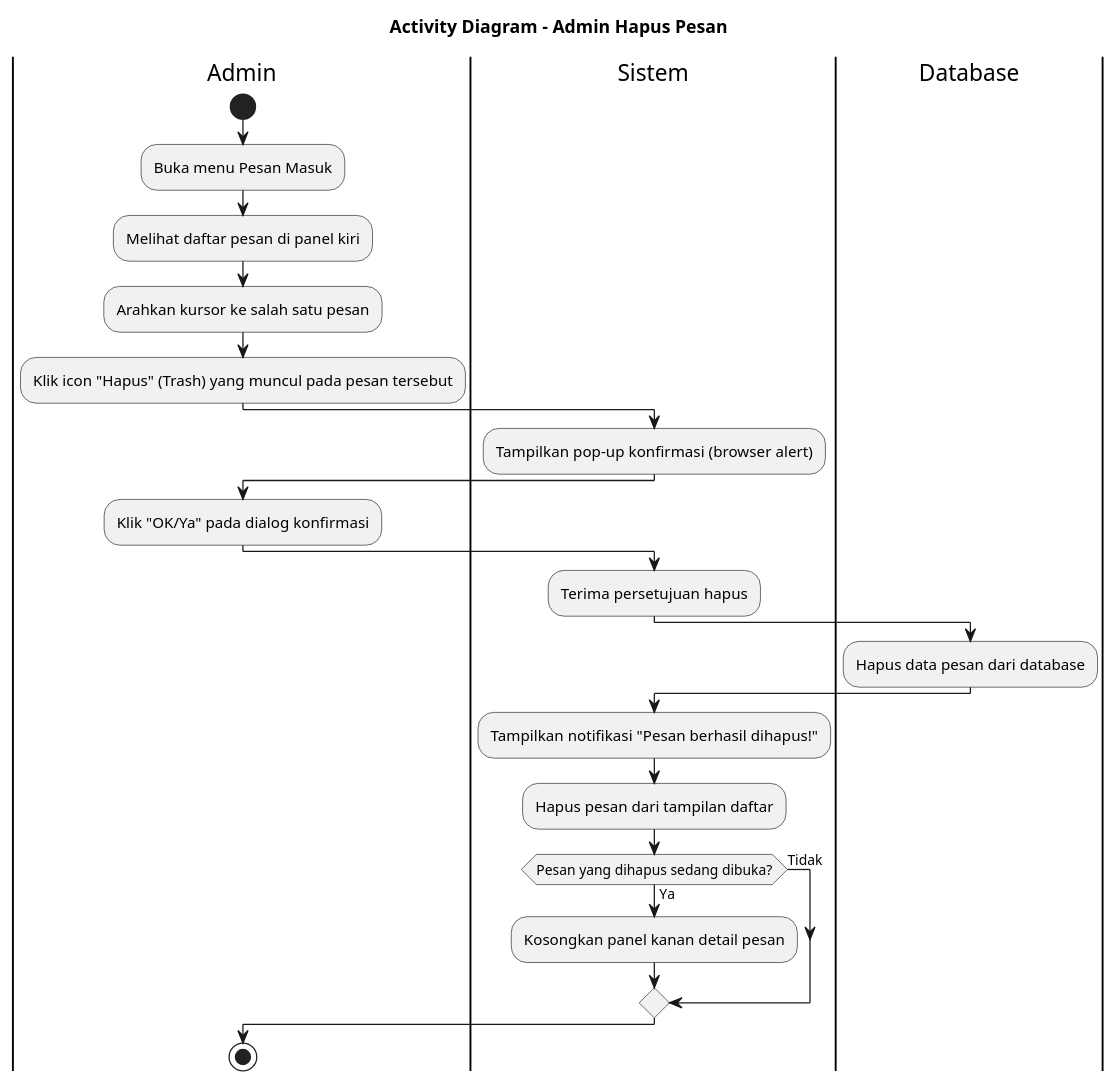
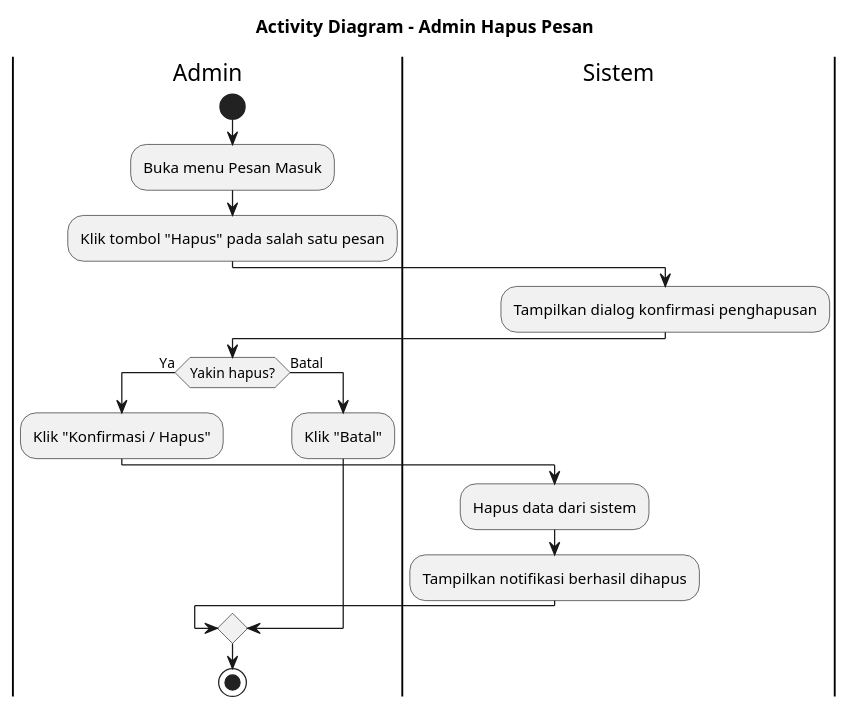
One commit to jaddu17/capstonepmikp changed the diagram in diagram/activitydiagram_admin_hapus_pesan.puml. Above: the diagram before and after it, drawn with PlantUML. The commit also changed 23 other files, not shown here.

Commit message:
revisi diagram

```diff
--- a/diagram/activitydiagram_admin_hapus_pesan.puml
+++ b/diagram/activitydiagram_admin_hapus_pesan.puml
@@ -1,37 +1,27 @@
 @startuml ACTIVITY_DIAGRAM_ADMIN_HAPUS_PESAN
 title Activity Diagram - Admin Hapus Pesan
 
 |Admin|
 start
 :Buka menu Pesan Masuk;
-:Melihat daftar pesan di panel kiri;
+:Klik tombol "Hapus" pada salah satu pesan;
+
+|Sistem|
+:Tampilkan dialog konfirmasi penghapusan;
 
 |Admin|
-:Arahkan kursor ke salah satu pesan;
-:Klik icon "Hapus" (Trash) yang muncul pada pesan tersebut;
+if (Yakin hapus?) then (Ya)
+  :Klik "Konfirmasi / Hapus";
 
-|Sistem|
-:Tampilkan pop-up konfirmasi (browser alert);
-
-|Admin|
-:Klik "OK/Ya" pada dialog konfirmasi;
-
-|Sistem|
-:Terima persetujuan hapus;
-
-|Database|
-:Hapus data pesan dari database;
-
-|Sistem|
-:Tampilkan notifikasi "Pesan berhasil dihapus!";
-:Hapus pesan dari tampilan daftar;
-
-if (Pesan yang dihapus sedang dibuka?) then (Ya)
-  :Kosongkan panel kanan detail pesan;
-else (Tidak)
+  |Sistem|
+  :Hapus data dari sistem;
+  :Tampilkan notifikasi berhasil dihapus;
+else (Batal)
+  |Admin|
+  :Klik "Batal";
 endif
 
 |Admin|
 stop
 
 @enduml
```
